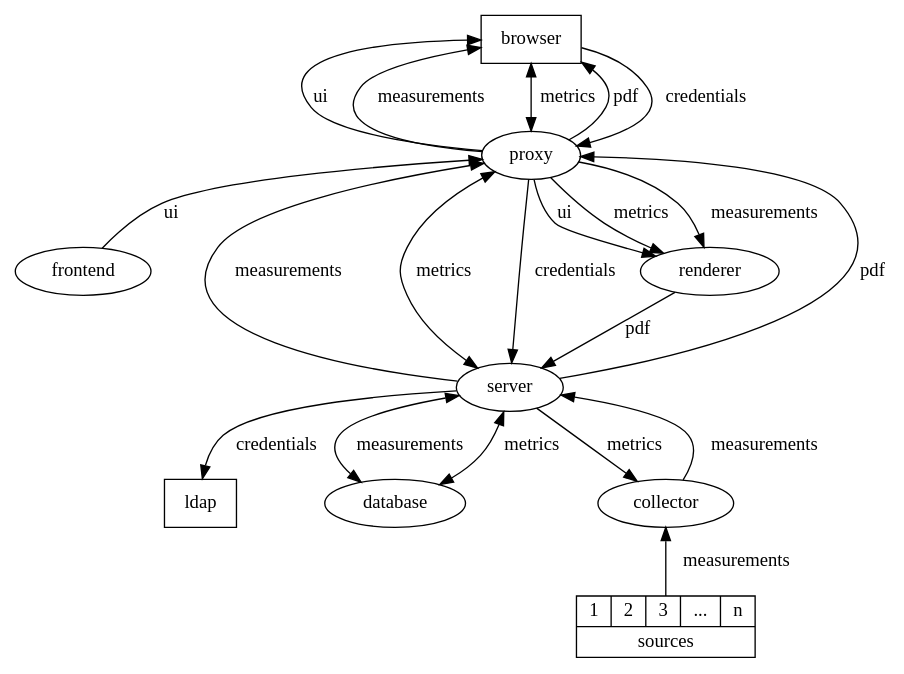
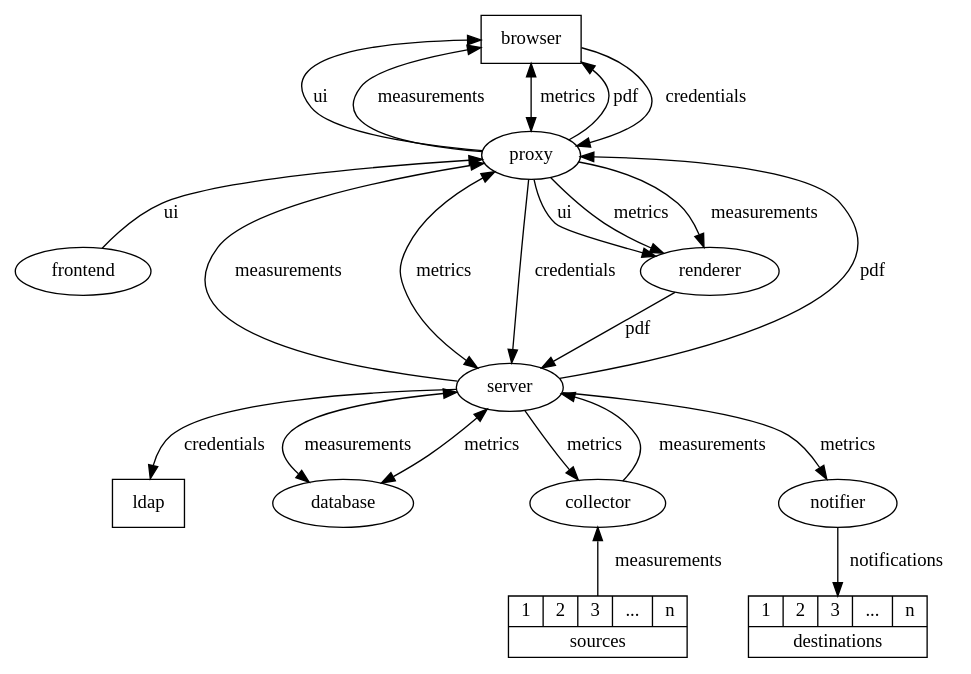
The diagram in docs/components.dot (ICTU/quality-time), drawn with Graphviz before and after one commit. The commit also changed 2 other files, not shown here.

Commit message:
Add notifier to DEVELOP.md.

```diff
--- a/docs/components.dot
+++ b/docs/components.dot
@@ -1,25 +1,28 @@
 digraph {
   browser [shape=rectangle]
   ldap [shape=rectangle]
   browser -> proxy [label=ui, dir="back"]
   browser -> proxy [label=measurements, dir="back"]
   browser -> proxy [label=metrics, dir="both"]
   browser -> proxy [label=pdf, dir="back"]
   proxy -> frontend [label=ui, dir="back"]
   proxy -> server [label=measurements, dir="back"]
   proxy -> server [label=metrics, dir="both"]
   server -> database [label=measurements, dir="both"]
   server -> database [label=metrics, dir="both"]
   collector -> server [label=measurements]
   server -> collector [label=metrics]
   collector -> source [label=measurements, dir="back"]
+  server -> notifier [label=metrics]
+  notifier -> destination [label=notifications]
   proxy -> renderer [label=ui]
   proxy -> renderer [label=metrics]
   proxy -> renderer [label=measurements]
   renderer -> server [label=pdf]
   server -> proxy [label=pdf]
   browser -> proxy [label=credentials]
   proxy -> server [label=credentials]
   server -> ldap [label=credentials]
   source [label="{{1|2|3|...|n}|sources}" shape=record]
+  destination [label="{{1|2|3|...|n}|destinations}" shape=record]
 }
```
